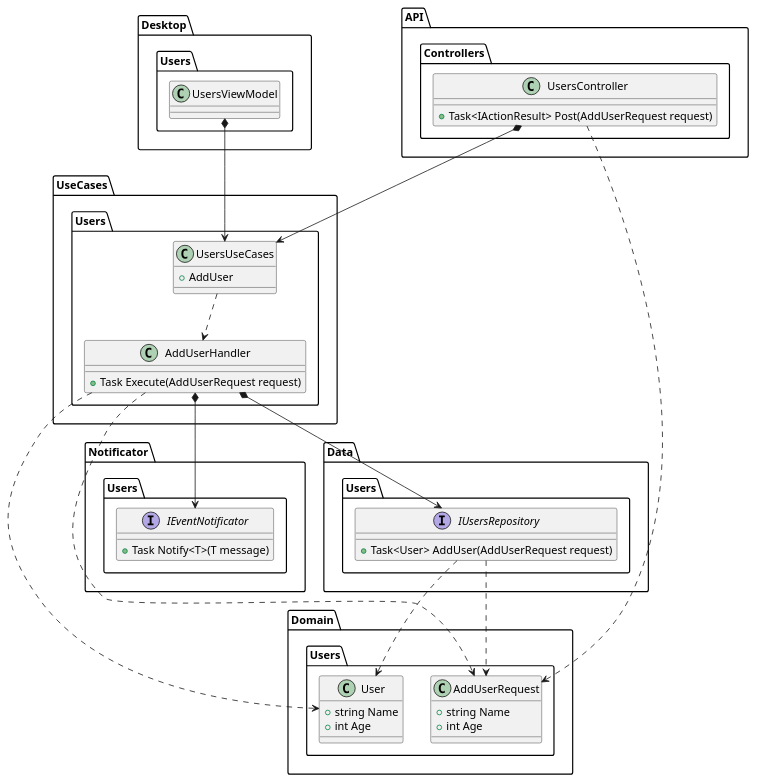
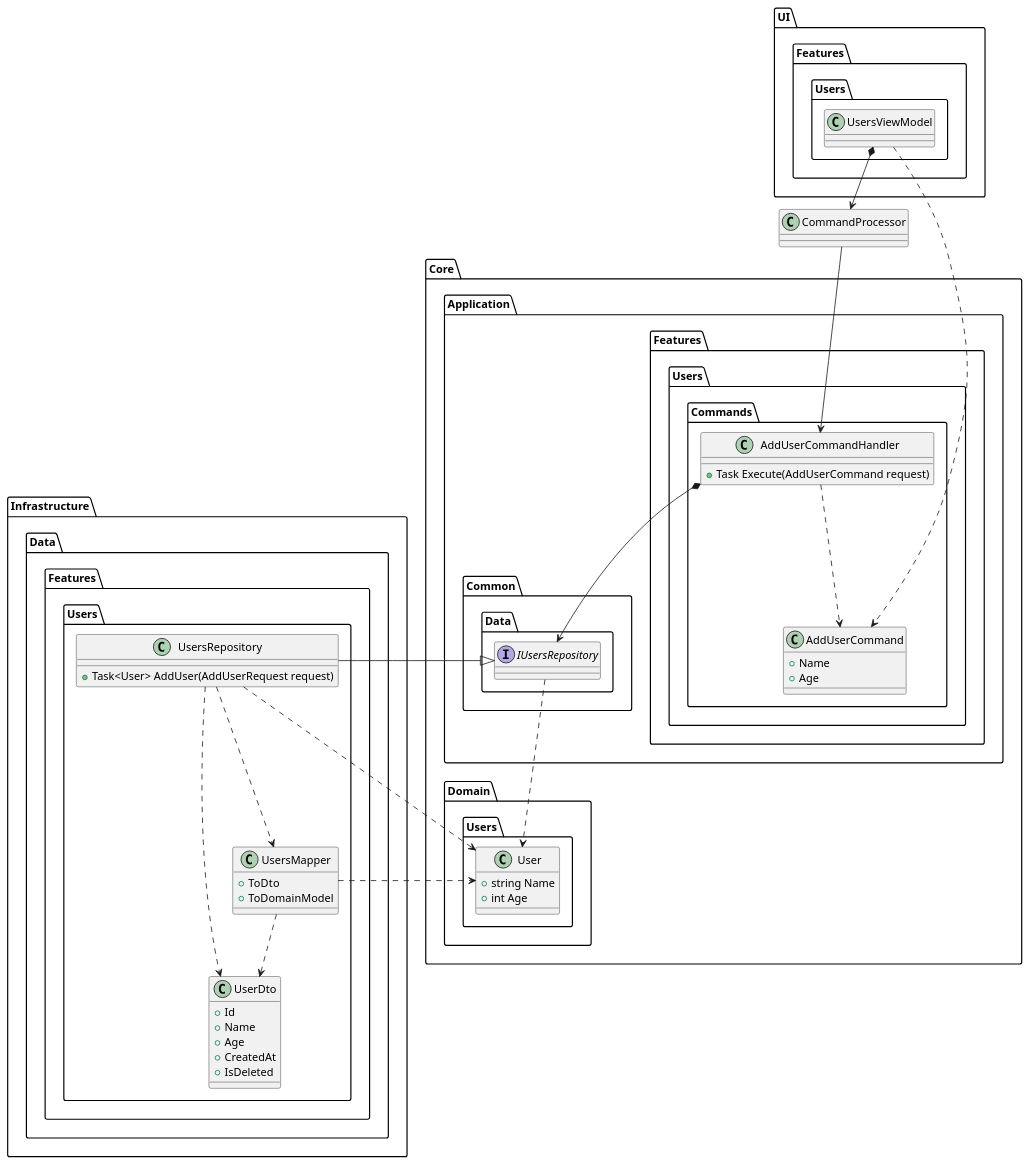
One commit to David1906/Hermes-4.0 changed the diagram in docs/Architecture.puml. Above: the diagram before and after it, drawn with PlantUML. The commit also changed 214 other files, not shown here.

Commit message:
Wip: Experiment with hexagonal based architecture

```diff
--- a/docs/Architecture.puml
+++ b/docs/Architecture.puml
@@ -1,77 +1,90 @@
 @startuml
 
-'---- Domain Layer ----
-package Domain {
-    package Users {
+'---- Core Layer ----
+package Core {
+
+    '---- Domain Layer ----
+    package Domain {
+        package Users {  
+            class User {
+                + string Name
+                + int Age
+            }
+        }
+    }
+
+    '---- Application Layer ----
+    package Application {   
+        package Common{
+            package Data {
+                interface IUsersRepository
+                IUsersRepository ..> User
+            }
+        }
     
-        class AddUserRequest {
-            + string Name
-            + int Age
+        package Features {
+            package Users {  
+                package Commands {
+                        class AddUserCommand {
+                            + Name
+                            + Age
+                        }
+                        class AddUserCommandHandler {
+                            + Task Execute(AddUserCommand request)
+                        }
+                        AddUserCommandHandler *-down-> IUsersRepository
+                        AddUserCommandHandler .down.> AddUserCommand
+                    }    
+                }
+            }
         }
-            
-        class User {
-            + string Name
-            + int Age
+}
+
+'---- Infrastructure Layer ----
+package Infrastructure {
+    package Data {
+        package Features {
+            package Users {        
+                class UsersRepository {
+                    + Task<User> AddUser(AddUserRequest request)
+                }        
+                UsersRepository -up-|> Core.Application.Common.Data.IUsersRepository
+                UsersRepository .down.> Core.Domain.Users.User
+                UsersRepository .down.> UserDto
+                UsersRepository .down.> UsersMapper
+                
+                class UserDto {
+                    + Id
+                    + Name
+                    + Age
+                    + CreatedAt
+                    + IsDeleted
+                } 
+                
+                class UsersMapper{
+                    + ToDto
+                    + ToDomainModel
+                } 
+                UsersMapper .down.> UserDto
+                UsersMapper .down.> User
+
+            } 
         }
     }
 }
 
-'---- Notificator Layer ----
-package Notificator {
-    package Users {
-        interface IEventNotificator {
-            + Task Notify<T>(T message)
+class CommandProcessor
+CommandProcessor -down-> Core.Application.Features.Users.Commands.AddUserCommandHandler
+
+'---- Desktop Layer ----
+package UI {
+    package Features {
+        package Users {
+            class UsersViewModel {}
+            UsersViewModel *-down-> CommandProcessor
+            UsersViewModel .down.> Core.Application.Features.Users.Commands.AddUserCommand
+
         }
     }
 }
-
-'---- Data Layer ----
-package Data {
-    package Users {
-    
-        interface IUsersRepository {
-            + Task<User> AddUser(AddUserRequest request)
-        }        
-        IUsersRepository .down.> Domain.Users.AddUserRequest
-        IUsersRepository .down.> Domain.Users.User
-    }
-}
-
-'---- UseCases Layer ----
-package UseCases {
-    package Users {      
-            
-        class AddUserHandler {
-            + Task Execute(AddUserRequest request)
-        }
-        AddUserHandler .down.> AddUserRequest
-        AddUserHandler .down.> Domain.Users.User
-        AddUserHandler *-down-> Data.Users.IUsersRepository
-        AddUserHandler *-down-> Notificator.Users.IEventNotificator
-        
-        class UsersUseCases {
-            + AddUser
-        }
-        UsersUseCases .down.> UseCases.Users.AddUserHandler
-    }
-}
-
-'---- API Layer ----
-package API{
-    package Controllers {
-        class UsersController {
-            + Task<IActionResult> Post(AddUserRequest request)
-        }
-        UsersController *-down-> UseCases.Users.UsersUseCases
-        UsersController .down.> Domain.Users.AddUserRequest
-    }
-}
-
-'---- Desktop Layer ----
-package Desktop {
-    package Users {
-        class UsersViewModel {}
-        UsersViewModel *-down-> UseCases.Users.UsersUseCases
-    }
-}
 @enduml
```
